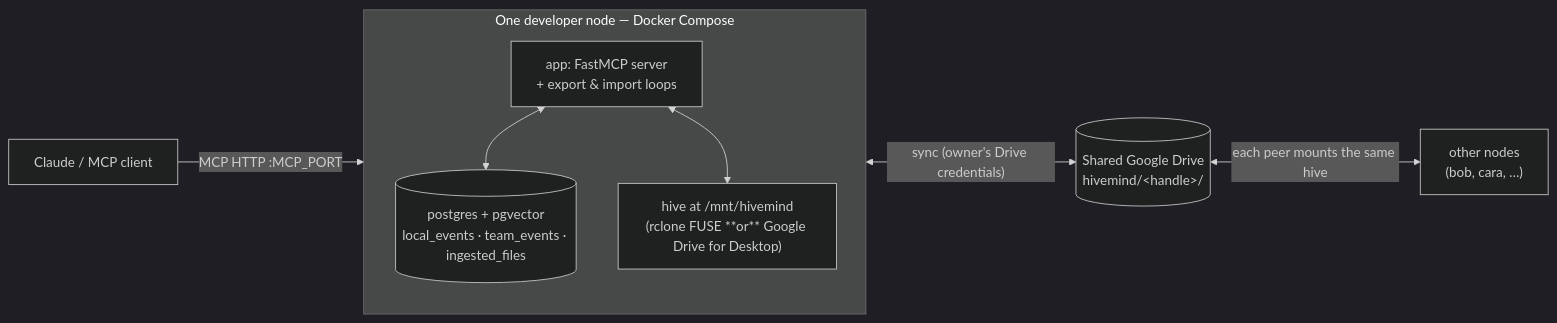
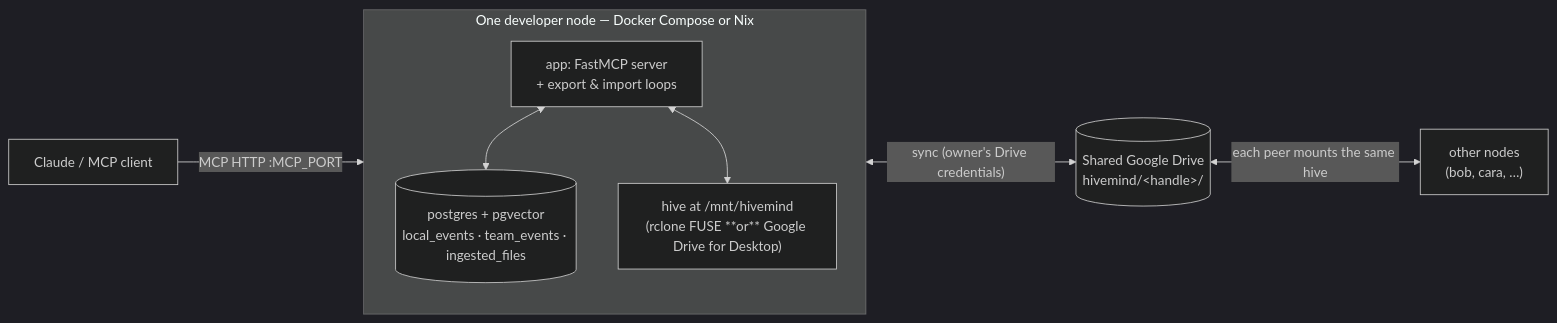
Before and after one commit to Crash0v3rrid3/hivemind: the first of 3 diagrams in SPEC.md, drawn with Mermaid (dark theme). The commit also changed other lines of this file and 32 other files, not shown here.

````diff
--- a/SPEC.md
+++ b/SPEC.md
@@ -86,15 +86,15 @@
 ```mermaid
 flowchart LR
   agent["Claude / MCP client"]
-  subgraph Node["One developer node — Docker Compose"]
+  subgraph Node["One developer node — Docker Compose or Nix"]
     direction TB
     app["app: FastMCP server<br/>+ export & import loops"]
     pg[("postgres + pgvector<br/>local_events · team_events · ingested_files")]
     mount["hive at /mnt/hivemind<br/>(rclone FUSE **or** Google Drive for Desktop)"]
     app <--> pg
     app <--> mount
   end
   agent -->|"MCP HTTP :MCP_PORT"| app
   mount <-->|"sync (owner's Drive credentials)"| drive[("Shared Google Drive<br/>hivemind/&lt;handle&gt;/")]
   drive <-->|"each peer mounts the same hive"| peers["other nodes<br/>(bob, cara, …)"]
 ```
````
